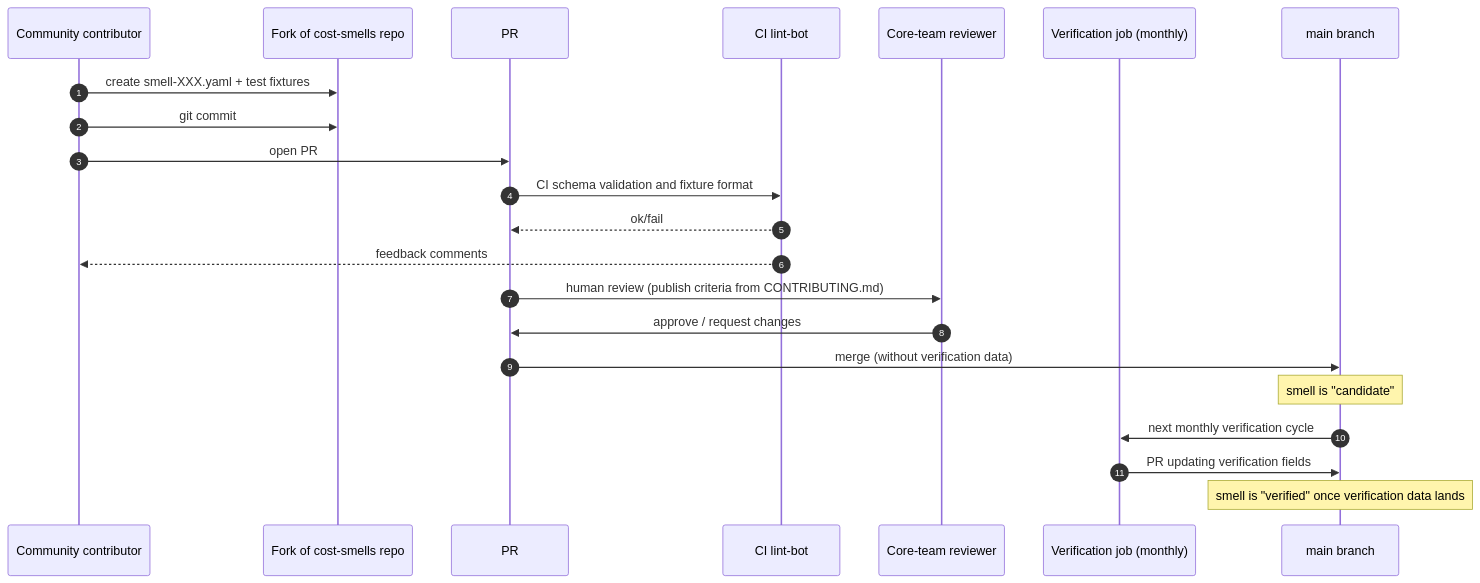
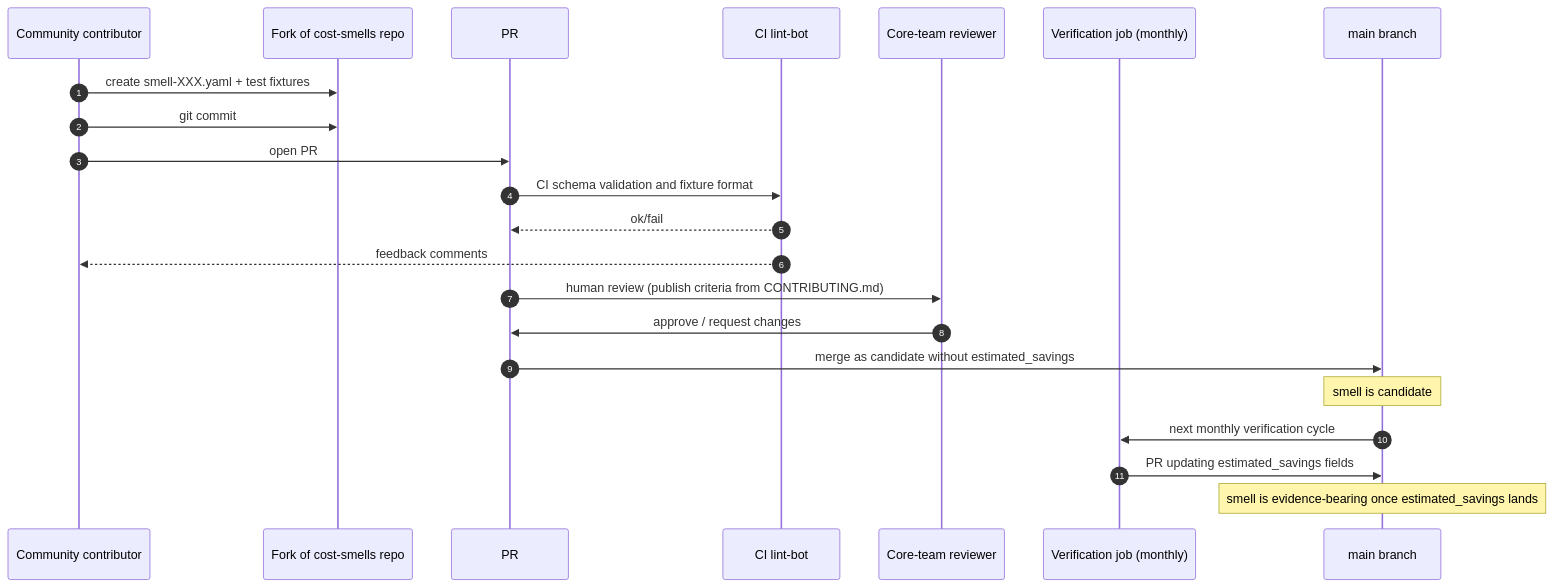
Before and after one commit to inkfoot/InkFoot: the fifth of 11 diagrams in docs/phases/phase-4-compound.md, drawn with Mermaid. The commit also changed other lines of this file and 1 other file, not shown here.

First line of the commit message:
Second-pass review fixes: wording sweep + self-serve schema + matrix footnote

````diff
--- a/docs/phases/phase-4-compound.md
+++ b/docs/phases/phase-4-compound.md
@@ -443,25 +445,25 @@
 ```mermaid
 sequenceDiagram
   autonumber
   participant Dev as Community contributor
   participant Fork as Fork of cost-smells repo
   participant PR as PR
   participant Bot as CI lint-bot
   participant Rev as Core-team reviewer
   participant Ver as Verification job (monthly)
   participant Main as main branch
 
   Dev->>Fork: create smell-XXX.yaml + test fixtures
   Dev->>Fork: git commit
   Dev->>PR: open PR
   PR->>Bot: CI schema validation and fixture format
   Bot-->>PR: ok/fail
   Bot-->>Dev: feedback comments
   PR->>Rev: human review (publish criteria from CONTRIBUTING.md)
   Rev->>PR: approve / request changes
-  PR->>Main: merge (without verification data)
-  Note over Main: smell is "candidate"
+  PR->>Main: merge as candidate without estimated_savings
+  Note over Main: smell is candidate
   Main->>Ver: next monthly verification cycle
-  Ver->>Main: PR updating verification fields
-  Note over Main: smell is "verified" once verification data lands
+  Ver->>Main: PR updating estimated_savings fields
+  Note over Main: smell is evidence-bearing once estimated_savings lands
 ```
````
